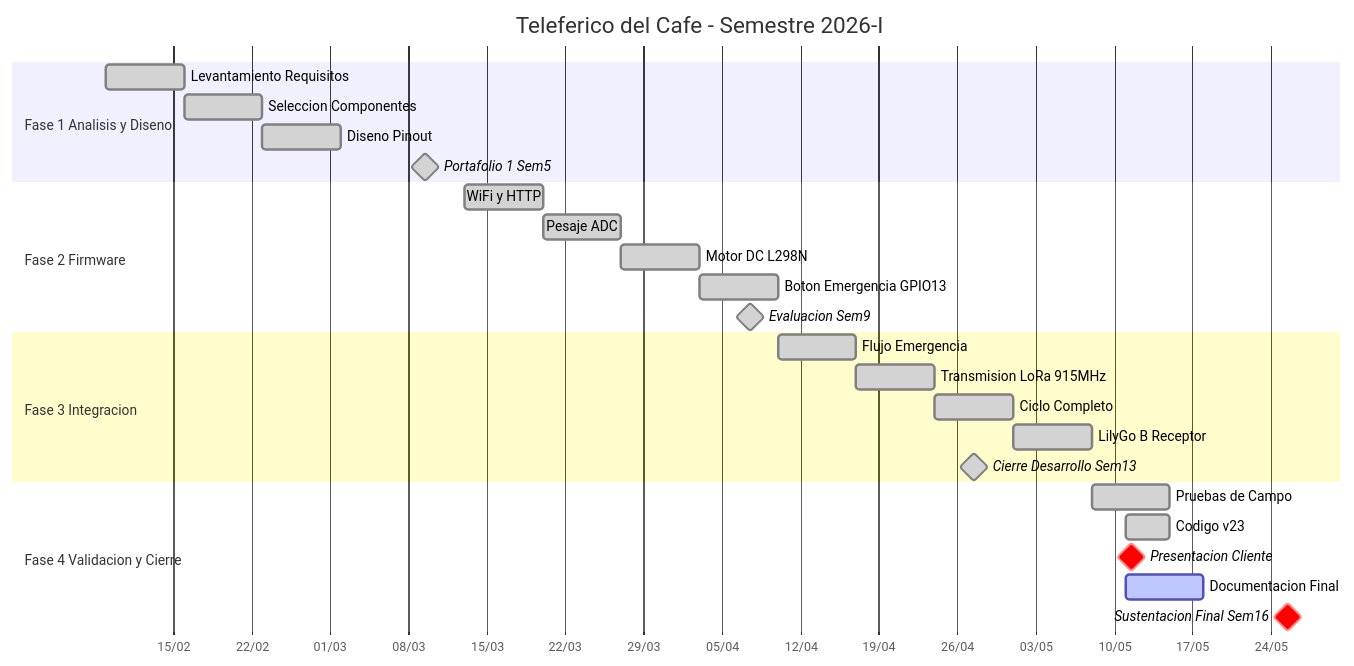
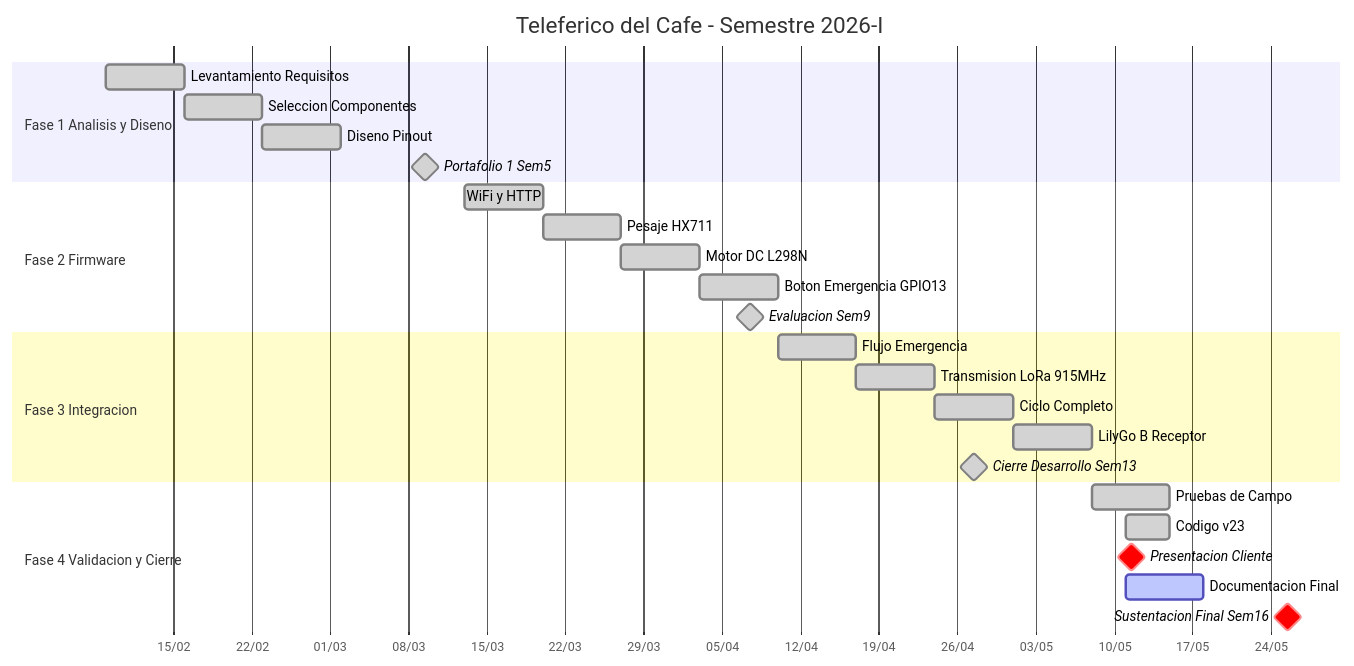
One commit to danielsrualesc/CDIO3_EqE5_TELECOF changed the diagram in 01_Gestion/Cronogramas/README.md. Above: the diagram before and after it, drawn with Mermaid. The commit also changed other lines of this file, not shown here.

````diff
--- a/01_Gestion/Cronogramas/README.md
+++ b/01_Gestion/Cronogramas/README.md
@@ -52,34 +52,34 @@
 ```mermaid
 gantt
     title Teleferico del Cafe - Semestre 2026-I
     dateFormat  YYYY-MM-DD
     axisFormat  %d/%m
     todayMarker on
 
     section Fase 1 Analisis y Diseno
     Levantamiento Requisitos   :done, des1, 2026-02-09, 7d
     Seleccion Componentes      :done, des2, 2026-02-16, 7d
     Diseno Pinout              :done, des3, 2026-02-23, 7d
     Portafolio 1 Sem5          :milestone, done, m1, 2026-03-09, 1d
 
     section Fase 2 Firmware
     WiFi y HTTP                :done, dev1, 2026-03-13, 7d
-    Pesaje ADC                 :done, dev2, 2026-03-20, 7d
+    Pesaje HX711               :done, dev2, 2026-03-20, 7d
     Motor DC L298N             :done, dev3, 2026-03-27, 7d
     Boton Emergencia GPIO13    :done, dev4, 2026-04-03, 7d
     Evaluacion Sem9            :milestone, done, m2, 2026-04-07, 1d
 
     section Fase 3 Integracion
     Flujo Emergencia           :done, int1, 2026-04-10, 7d
     Transmision LoRa 915MHz    :done, int2, 2026-04-17, 7d
     Ciclo Completo             :done, int3, 2026-04-24, 7d
     LilyGo B Receptor          :done, int4, 2026-05-01, 7d
     Cierre Desarrollo Sem13    :milestone, done, m3, 2026-04-27, 1d
 
     section Fase 4 Validacion y Cierre
     Pruebas de Campo           :done, val1, 2026-05-08, 7d
     Codigo v23                 :done, val2, 2026-05-11, 4d
     Presentacion Cliente       :crit, milestone, m4, 2026-05-11, 1d
     Documentacion Final        :active, doc1, 2026-05-11, 7d
     Sustentacion Final Sem16   :crit, milestone, m5, 2026-05-25, 1d
 ```
````
